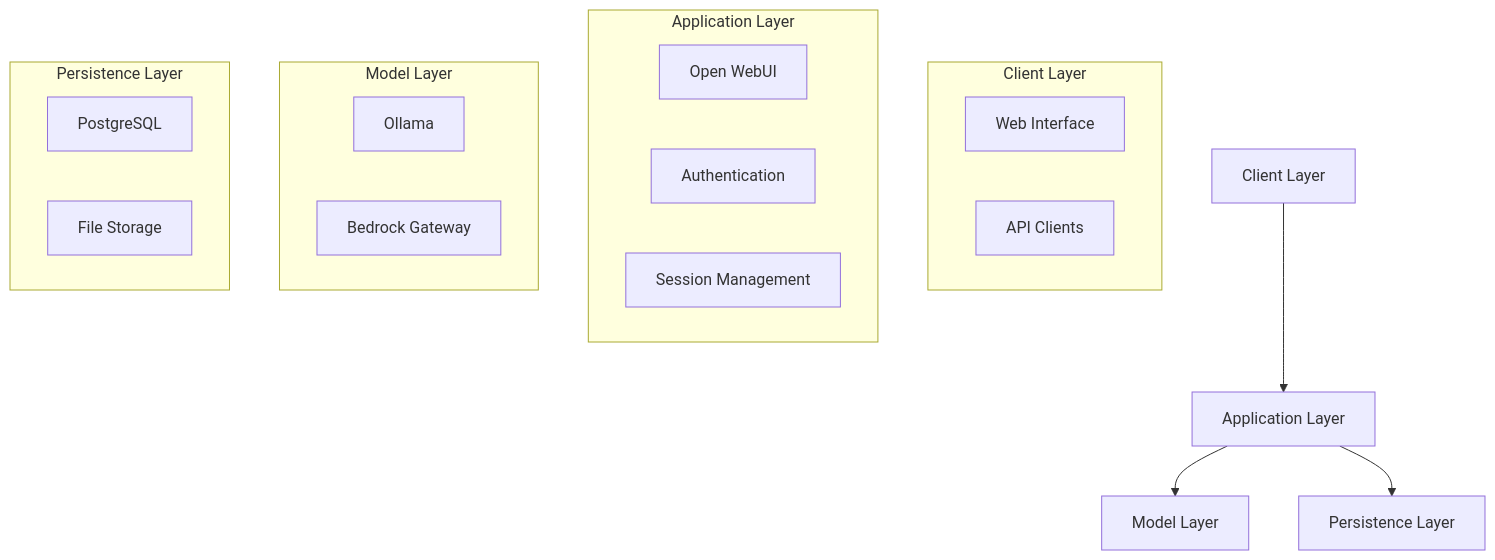
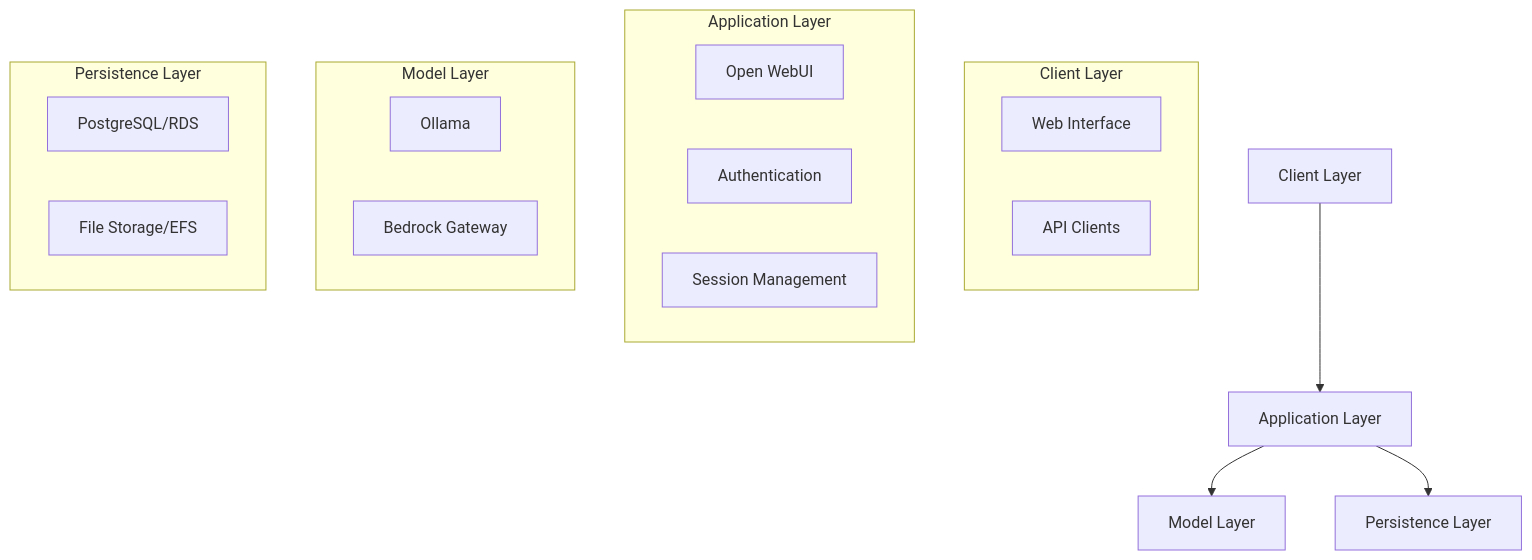
One commit to evereven-tech/horizons-omnichat changed the first of 6 diagrams in docs/architecture/index.md. Above: the diagram before and after it, drawn with Mermaid. The commit also changed 8 other files, not shown here.

````diff
--- a/docs/architecture/index.md
+++ b/docs/architecture/index.md
@@ -14,27 +14,27 @@
 ```mermaid
 graph TD
     A[Client Layer] --> B[Application Layer]
     B --> C[Model Layer]
     B --> D[Persistence Layer]
     
     subgraph "Client Layer"
     A1[Web Interface]
     A2[API Clients]
     end
     
     subgraph "Application Layer"
     B1[Open WebUI]
     B2[Authentication]
     B3[Session Management]
     end
     
     subgraph "Model Layer"
     C1[Ollama]
     C2[Bedrock Gateway]
     end
     
     subgraph "Persistence Layer"
-    D1[PostgreSQL]
-    D2[File Storage]
+    D1[PostgreSQL/RDS]
+    D2[File Storage/EFS]
     end
 ```
````
